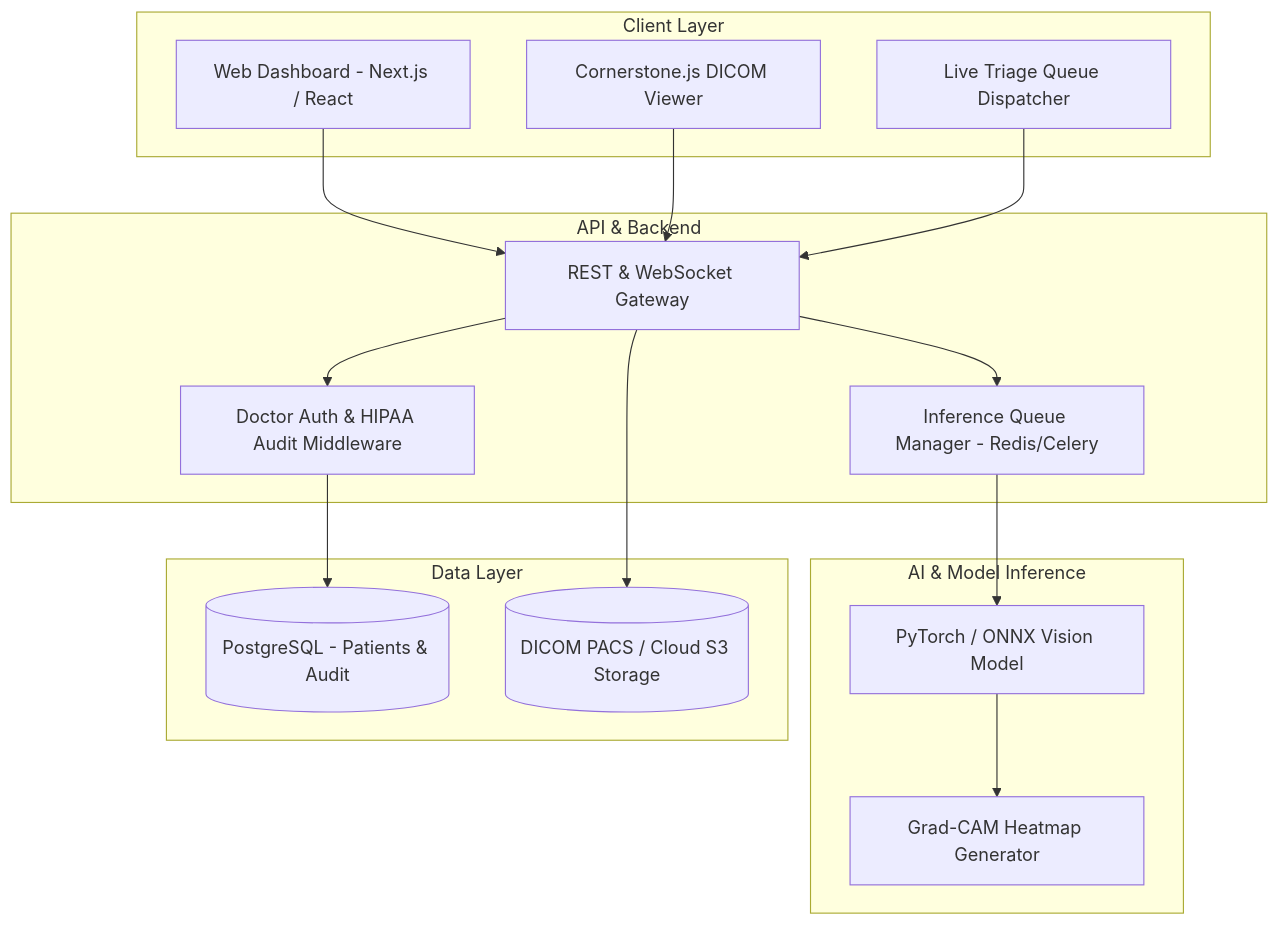
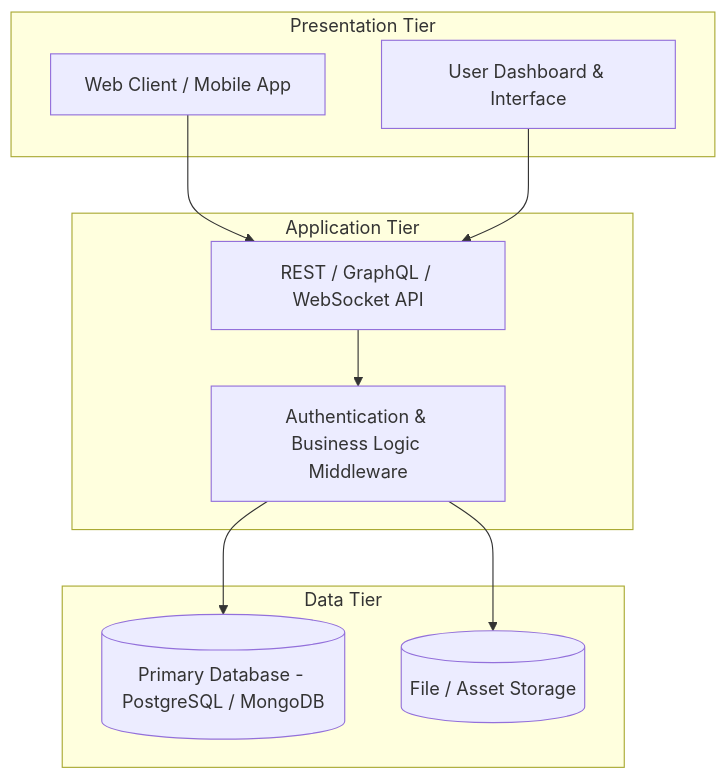
One commit to Realwaan/Capstone changed the diagram in README.md. Above: the diagram before and after it, drawn with Mermaid. The commit also changed other lines of this file and 9 other files, not shown here.

````diff
--- a/README.md
+++ b/README.md
@@ -55,34 +55,23 @@
 ```mermaid
 graph TD
-    subgraph Client Layer
-        A[Web Dashboard - Next.js / React]
-        B[Cornerstone.js DICOM Viewer]
-        C[Live Triage Queue Dispatcher]
+    subgraph Client [Presentation Tier]
+        A[Web Client / Mobile App]
+        B[User Dashboard & Interface]
     end
 
-    subgraph API & Backend
-        D[REST & WebSocket Gateway]
-        E[Doctor Auth & HIPAA Audit Middleware]
-        F[Inference Queue Manager - Redis/Celery]
+    subgraph Backend [Application Tier]
+        C[REST / GraphQL / WebSocket API]
+        D[Authentication & Business Logic Middleware]
     end
 
-    subgraph AI & Model Inference
-        G[PyTorch / ONNX Vision Model]
-        H[Grad-CAM Heatmap Generator]
+    subgraph Data [Data Tier]
+        E[(Primary Database - PostgreSQL / MongoDB)]
+        F[(File / Asset Storage)]
     end
 
-    subgraph Data Layer
-        I[(PostgreSQL - Patients & Audit)]
-        J[(DICOM PACS / Cloud S3 Storage)]
-    end
-
-    A --> D
-    B --> D
+    A --> C
+    B --> C
     C --> D
     D --> E
-    E --> I
     D --> F
-    F --> G
-    G --> H
-    D --> J
 ```
````
